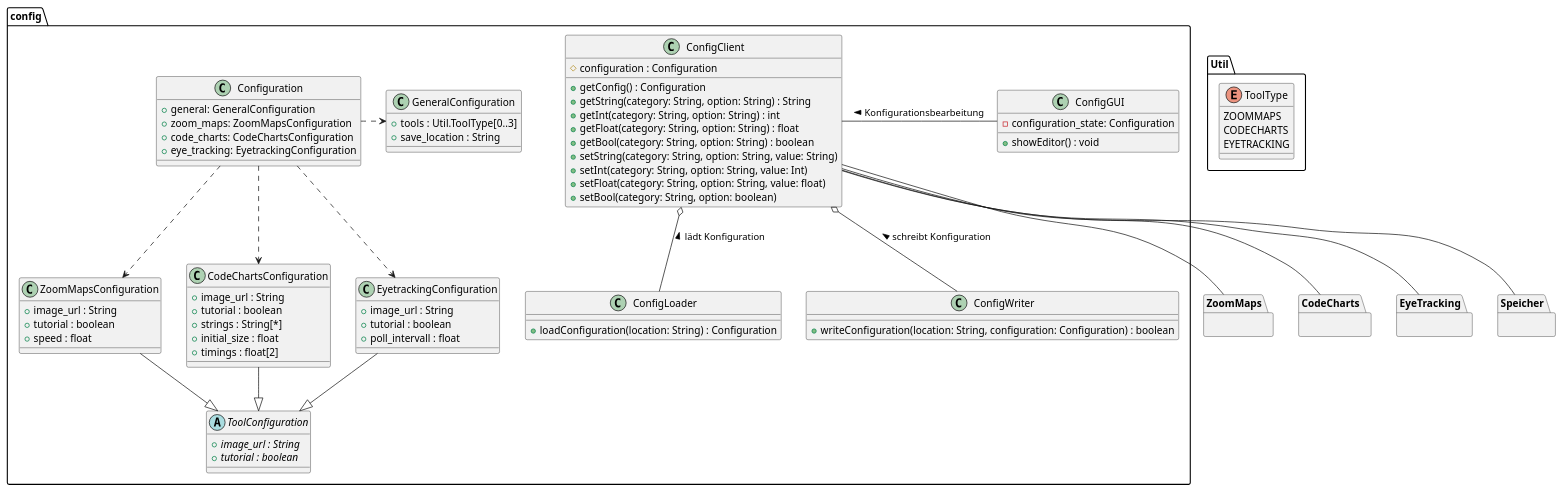
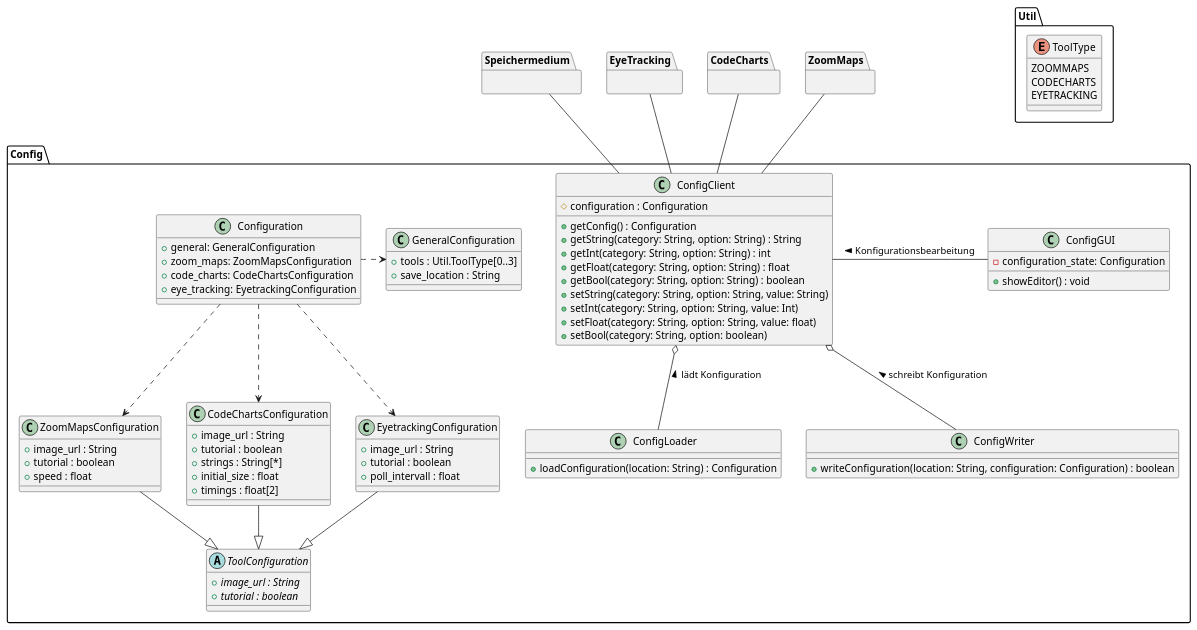
Before and after one commit to weichware10/meilensteine: the diagram in meilenstein_03/uml-config/config.puml, drawn with PlantUML.

Commit message:
Formatierung

```diff
--- a/meilenstein_03/uml-config/config.puml
+++ b/meilenstein_03/uml-config/config.puml
@@ -1,99 +1,99 @@
 @startuml config
 
 package Util {
-  enum ToolType {
-  ZOOMMAPS
-  CODECHARTS
-  EYETRACKING
-  }
+    enum ToolType {
+        ZOOMMAPS
+        CODECHARTS
+        EYETRACKING
+    }
 }
 
 
 package ZoomMaps {}
 package CodeCharts {}
 package EyeTracking {}
-package Speicher {}
+package Speichermedium {}
 
-package config {
-  class ConfigClient {
-    # configuration : Configuration
-    + getConfig() : Configuration
-    + getString(category: String, option: String) : String
-    + getInt(category: String, option: String) : int
-    + getFloat(category: String, option: String) : float
-    + getBool(category: String, option: String) : boolean
-    + setString(category: String, option: String, value: String)
-    + setInt(category: String, option: String, value: Int)
-    + setFloat(category: String, option: String, value: float)
-    + setBool(category: String, option: boolean)
-  }
+package Config {
+    class ConfigClient {
+        # configuration : Configuration
+        + getConfig() : Configuration
+        + getString(category: String, option: String) : String
+        + getInt(category: String, option: String) : int
+        + getFloat(category: String, option: String) : float
+        + getBool(category: String, option: String) : boolean
+        + setString(category: String, option: String, value: String)
+        + setInt(category: String, option: String, value: Int)
+        + setFloat(category: String, option: String, value: float)
+        + setBool(category: String, option: boolean)
+    }
 
-  class ConfigLoader {
-    + loadConfiguration(location: String) : Configuration
-  }
+    class ConfigLoader {
+        + loadConfiguration(location: String) : Configuration
+    }
 
-  class ConfigWriter {
-    + writeConfiguration(location: String, configuration: Configuration) : boolean
-  }
+    class ConfigWriter {
+        + writeConfiguration(location: String, configuration: Configuration) : boolean
+    }
 
-  class ConfigGUI {
-    - configuration_state: Configuration
-    + showEditor() : void
-  }
+    class ConfigGUI {
+        - configuration_state: Configuration
+        + showEditor() : void
+    }
 
-  class Configuration {
-    + general: GeneralConfiguration
-    + zoom_maps: ZoomMapsConfiguration
-    + code_charts: CodeChartsConfiguration
-    + eye_tracking: EyetrackingConfiguration
-  }
-  class GeneralConfiguration {
-    + tools : Util.ToolType[0..3]
-    + save_location : String
-  }
-  class ZoomMapsConfiguration {
-    + image_url : String
-    + tutorial : boolean
-    + speed : float
-  }
-  class CodeChartsConfiguration {
-    + image_url : String
-    + tutorial : boolean
-    + strings : String[*]
-    + initial_size : float
-    + timings : float[2]
-  }
-  class EyetrackingConfiguration {
-    + image_url : String
-    + tutorial : boolean
-    + poll_intervall : float
-  }
-  abstract ToolConfiguration {
-    + {abstract} image_url : String
-    + {abstract} tutorial : boolean
-  }
+    class Configuration {
+        + general: GeneralConfiguration
+        + zoom_maps: ZoomMapsConfiguration
+        + code_charts: CodeChartsConfiguration
+        + eye_tracking: EyetrackingConfiguration
+    }
+    class GeneralConfiguration {
+        + tools : Util.ToolType[0..3]
+        + save_location : String
+    }
+    class ZoomMapsConfiguration {
+        + image_url : String
+        + tutorial : boolean
+        + speed : float
+    }
+    class CodeChartsConfiguration {
+        + image_url : String
+        + tutorial : boolean
+        + strings : String[*]
+        + initial_size : float
+        + timings : float[2]
+    }
+    class EyetrackingConfiguration {
+        + image_url : String
+        + tutorial : boolean
+        + poll_intervall : float
+    }
+    abstract ToolConfiguration {
+        + {abstract} image_url : String
+        + {abstract} tutorial : boolean
+    }
 
-  ' ConfigClient ..> Configuration
+    ' ConfigClient ..> Configuration
 
-  ConfigClient o-- ConfigLoader : < lädt Konfiguration
-  ' ConfigLoader ..> Configuration
+    ConfigClient o-- ConfigLoader : < lädt Konfiguration
+    ' ConfigLoader ..> Configuration
 
-  ConfigClient o-- ConfigWriter : < schreibt Konfiguration
-  ' ConfigWriter ..> Configuration
+    ConfigClient o-- ConfigWriter : < schreibt Konfiguration
+    ' ConfigWriter ..> Configuration
 
-  ConfigClient -r- ConfigGUI : < Konfigurationsbearbeitung
+    ConfigClient -r- ConfigGUI : < Konfigurationsbearbeitung
 
-  Configuration .r.> GeneralConfiguration
-  Configuration ..> ZoomMapsConfiguration
-  Configuration ..> CodeChartsConfiguration
-  Configuration ..> EyetrackingConfiguration
+    Configuration .r.> GeneralConfiguration
+    Configuration ..> ZoomMapsConfiguration
+    Configuration ..> CodeChartsConfiguration
+    Configuration ..> EyetrackingConfiguration
 
-  ZoomMapsConfiguration --|> ToolConfiguration
-  CodeChartsConfiguration --|> ToolConfiguration
-  EyetrackingConfiguration --|> ToolConfiguration
+    ZoomMapsConfiguration --|> ToolConfiguration
+    CodeChartsConfiguration --|> ToolConfiguration
+    EyetrackingConfiguration --|> ToolConfiguration
 }
-ConfigClient -- ZoomMaps
-ConfigClient -- CodeCharts
-ConfigClient -- EyeTracking
-ConfigClient -- Speicher
+ConfigClient -u- ZoomMaps
+ConfigClient -u- CodeCharts
+ConfigClient -u- EyeTracking
+ConfigClient -u- Speichermedium
 @enduml
```
